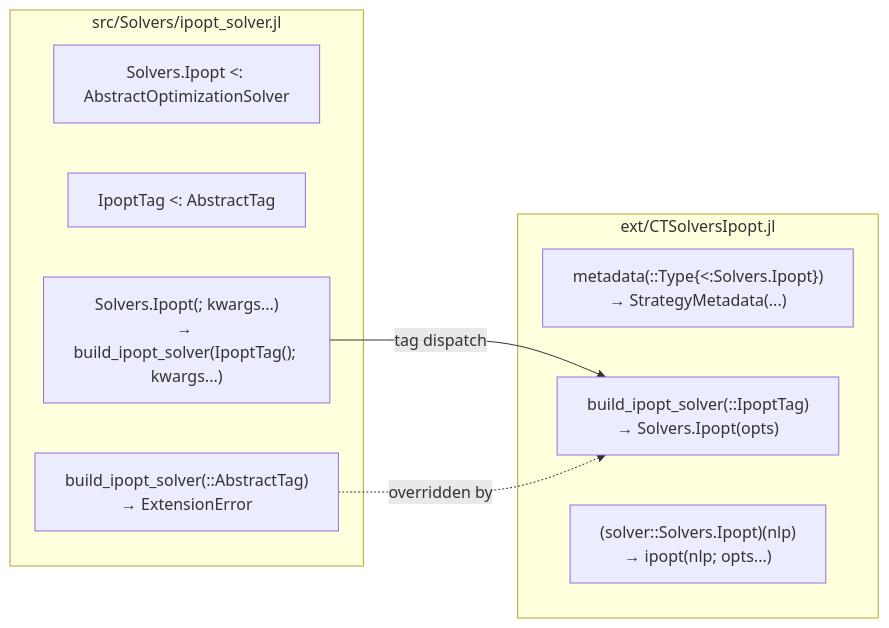
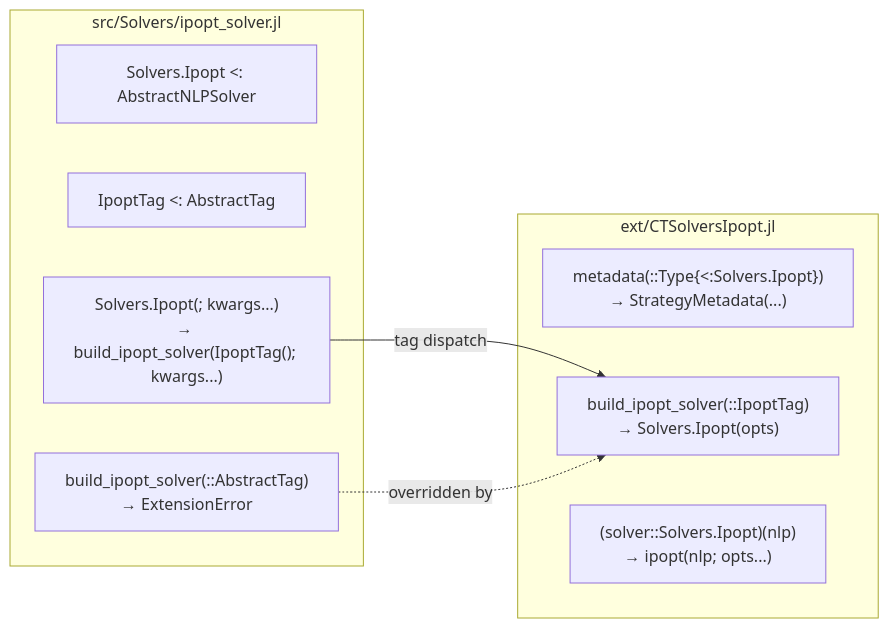
Before and after one commit to control-toolbox/CTSolvers.jl: the second of 3 diagrams in docs/src/guides/implementing_a_solver.md, drawn with Mermaid. The commit also changed other lines of this file and 22 other files, not shown here.

Commit message:
Rename AbstractOptimizationSolver to AbstractNLPSolver

````diff
--- a/docs/src/guides/implementing_a_solver.md
+++ b/docs/src/guides/implementing_a_solver.md
@@ -114,18 +114,18 @@
 ```mermaid
 flowchart LR
     subgraph src["src/Solvers/ipopt_solver.jl"]
-        Type["Solvers.Ipopt <: AbstractOptimizationSolver"]
+        Type["Solvers.Ipopt <: AbstractNLPSolver"]
         Tag["IpoptTag <: AbstractTag"]
         Ctor["Solvers.Ipopt(; kwargs...)\n→ build_ipopt_solver(IpoptTag(); kwargs...)"]
         Stub["build_ipopt_solver(::AbstractTag)\n→ ExtensionError"]
     end
 
     subgraph ext["ext/CTSolversIpopt.jl"]
         Meta["metadata(::Type{<:Solvers.Ipopt})\n→ StrategyMetadata(...)"]
         Build["build_ipopt_solver(::IpoptTag)\n→ Solvers.Ipopt(opts)"]
         Call["(solver::Solvers.Ipopt)(nlp)\n→ ipopt(nlp; opts...)"]
     end
 
     Ctor -->|"tag dispatch"| Build
     Stub -.->|"overridden by"| Build
 ```
````
